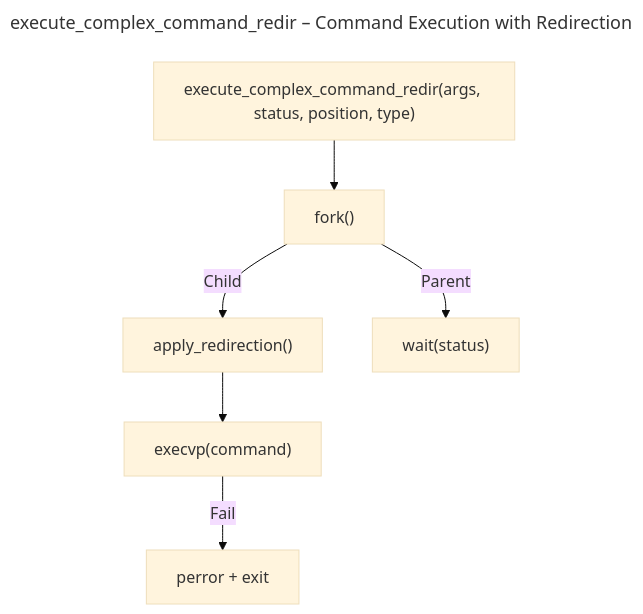
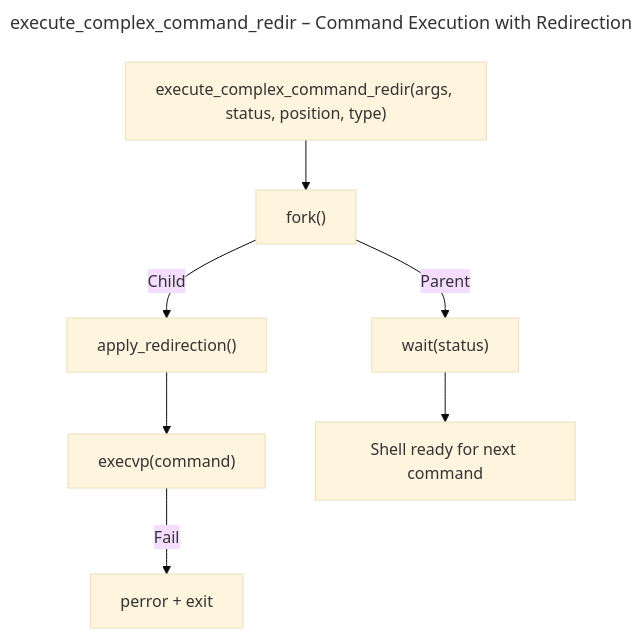
The eighth of 9 diagrams in README.md (marouaidb/2526_TP_PS_CHERIFI_MAROUA), drawn with Mermaid (base theme) before and after one commit. The commit also changed other lines of this file and 1 other file, not shown here.

````diff
--- a/README.md
+++ b/README.md
@@ -312,13 +347,14 @@
 ```mermaid
 ---
 title: execute_complex_command_redir – Command Execution with Redirection
 ---
 flowchart TD
     A["execute_complex_command_redir(args, status, position, type)"] --> B["fork()"]
 
     B -->|Child| C["apply_redirection()"]
     C --> D["execvp(command)"]
     D -->|Fail| E["perror + exit"]
 
     B -->|Parent| F["wait(status)"]
+    F --> J["Shell ready for next command"]
 ```
````
